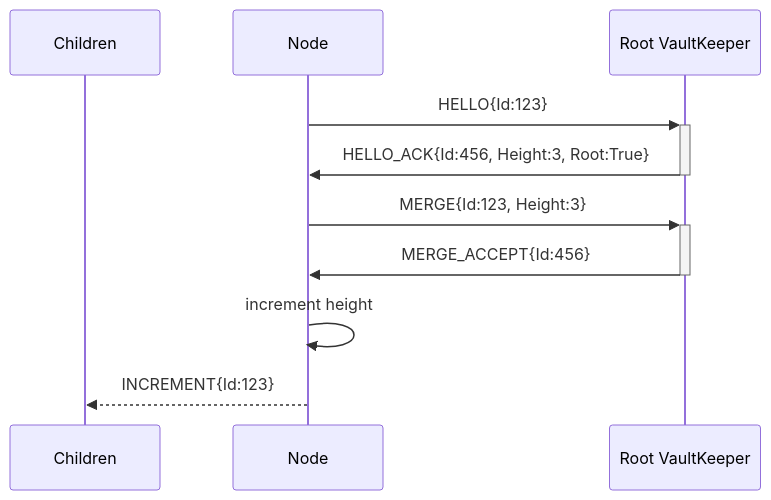
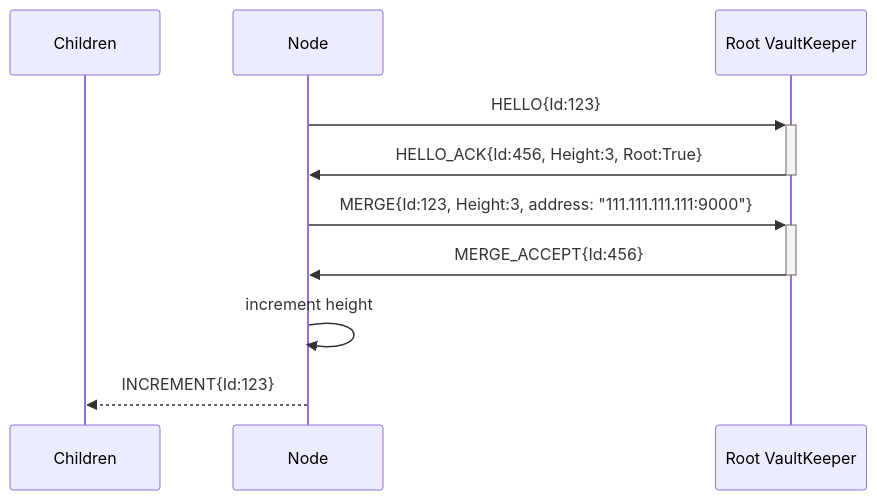
One commit to rflandau/Orv changed the second of 4 diagrams in README.md. Above: the diagram before and after it, drawn with Mermaid. The commit also changed other lines of this file and 3 other files, not shown here.

````diff
--- a/README.md
+++ b/README.md
@@ -117,12 +117,12 @@
 ```mermaid
 sequenceDiagram
     participant Children
     participant Node
     participant VaultKeeper as Root VaultKeeper
     Node->>+VaultKeeper: HELLO{Id:123}
     VaultKeeper->>-Node: HELLO_ACK{Id:456, Height:3, Root:True}
-    Node->>+VaultKeeper: MERGE{Id:123, Height:3}
+    Node->>+VaultKeeper: MERGE{Id:123, Height:3, address: "111.111.111.111:9000"}
     VaultKeeper->>-Node: MERGE_ACCEPT{Id:456}
     Node->>Node: increment height
     Node-->>Children: INCREMENT{Id:123}
 ```
````
